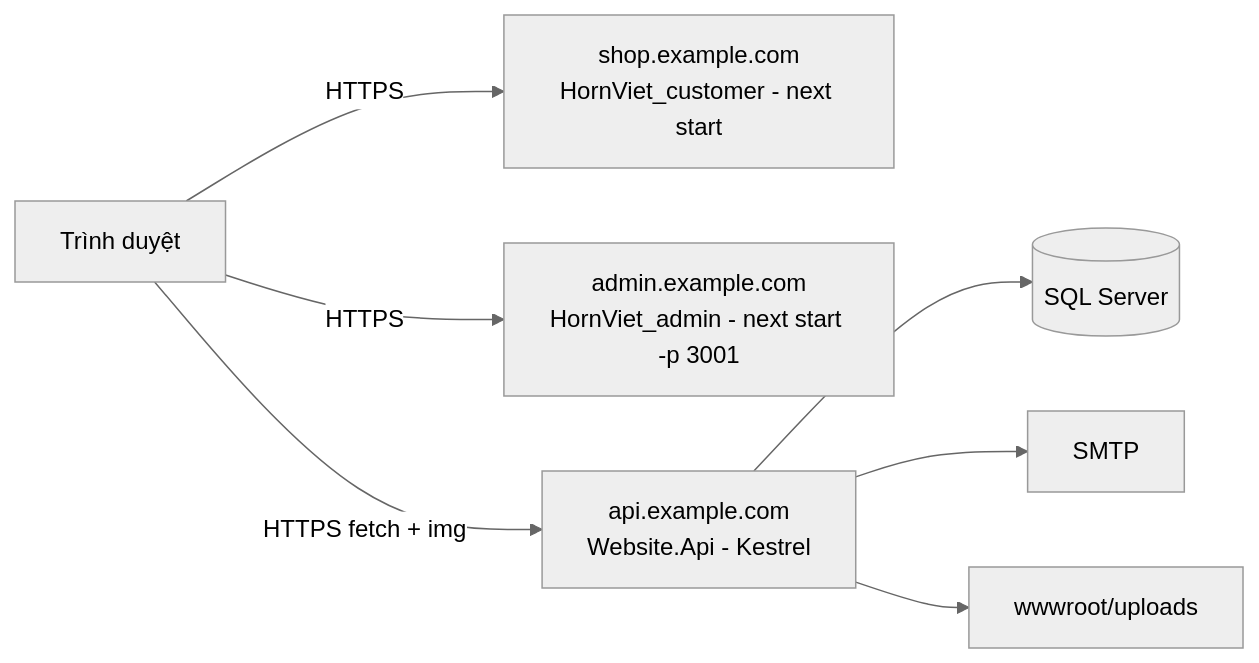
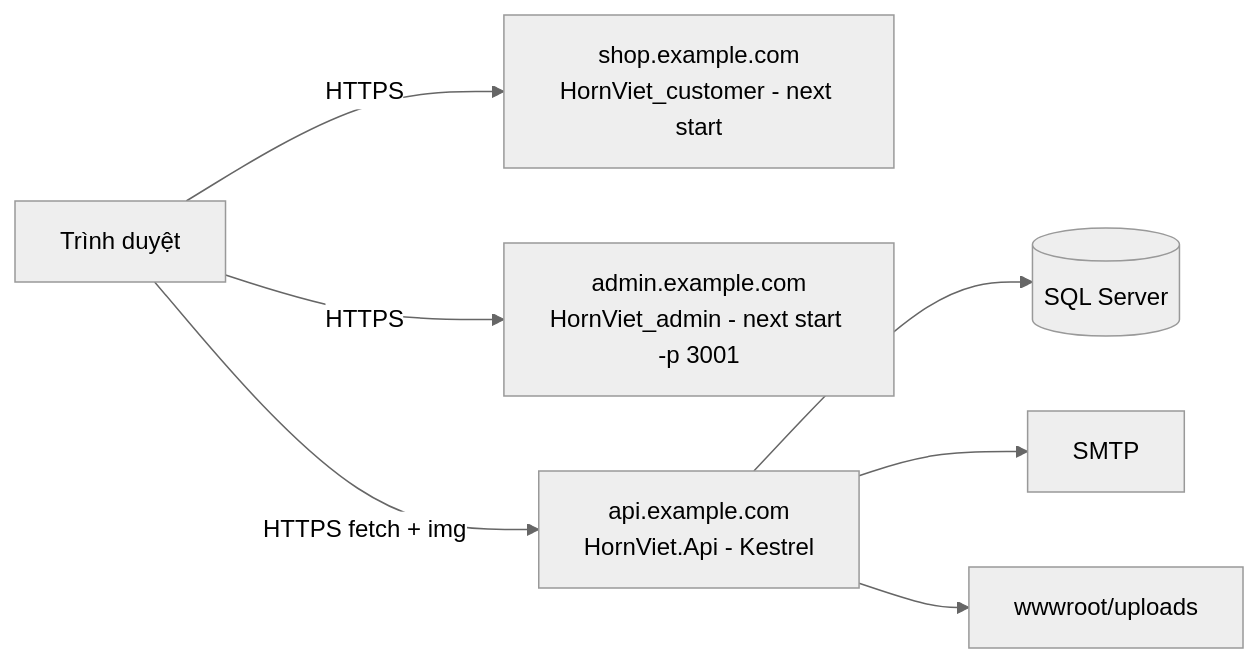
One commit to Tngoc2902/HornViet changed the third of 3 diagrams in docs/he-thong/11-cau-hinh-trien-khai.md. Above: the diagram before and after it, drawn with Mermaid (neutral theme). The commit also changed other lines of this file and 170 other files, not shown here.

First line of the commit message:
Đổi tên backend Website.* thành HornViet.*

````diff
--- a/docs/he-thong/11-cau-hinh-trien-khai.md
+++ b/docs/he-thong/11-cau-hinh-trien-khai.md
@@ -161,9 +161,9 @@
 ```mermaid
 flowchart LR
     B["Trình duyệt"] -->|"HTTPS"| S["shop.example.com<br/>HornViet_customer - next start"]
     B -->|"HTTPS"| AD["admin.example.com<br/>HornViet_admin - next start -p 3001"]
-    B -->|"HTTPS fetch + img"| API["api.example.com<br/>Website.Api - Kestrel"]
+    B -->|"HTTPS fetch + img"| API["api.example.com<br/>HornViet.Api - Kestrel"]
     API --> DB[("SQL Server")]
     API --> SMTP["SMTP"]
     API --> UP["wwwroot/uploads"]
 ```
````
